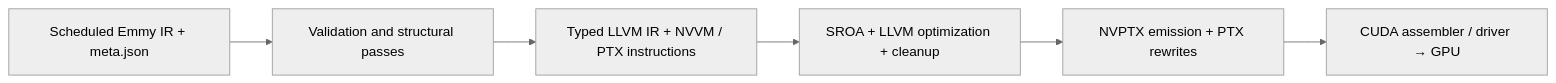
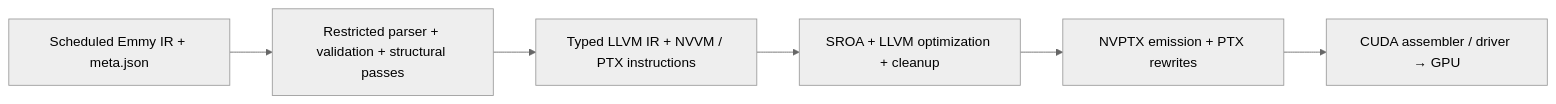
The diagram in README.md (stashuk-olek/deuteron), drawn with Mermaid (neutral theme) before and after one commit. The commit also changed other lines of this file and 7 other files, not shown here.

````diff
--- a/README.md
+++ b/README.md
@@ -87,8 +97,8 @@
 ```mermaid
 flowchart LR
-    A["Scheduled Emmy IR + meta.json"] --> B["Validation and structural passes"]
+    A["Scheduled Emmy IR + meta.json"] --> B["Restricted parser + validation + structural passes"]
     B --> C["Typed LLVM IR + NVVM / PTX instructions"]
     C --> D["SROA + LLVM optimization + cleanup"]
     D --> E["NVPTX emission + PTX rewrites"]
     E --> F["CUDA assembler / driver → GPU"]
 ```
````
